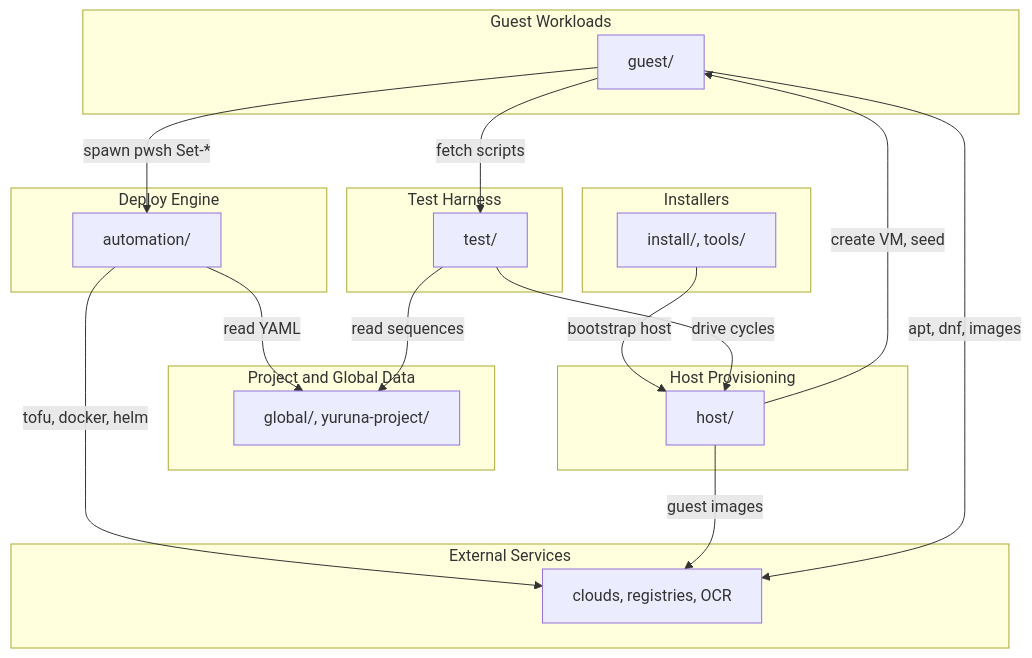
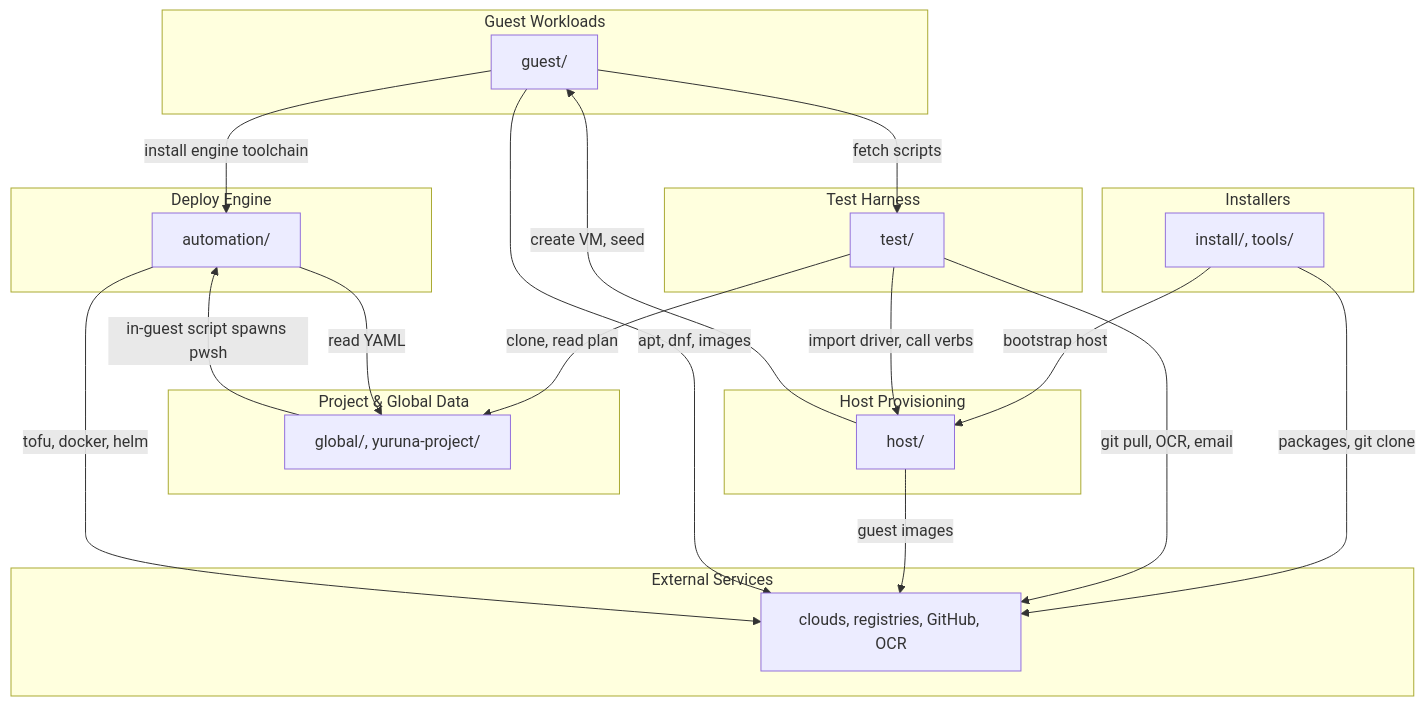
One commit to alissonsol/yuruna changed the diagram in docs/design/01-context-and-components.md. Above: the diagram before and after it, drawn with Mermaid. The commit also changed other lines of this file and 652 other files, not shown here.

````diff
--- a/docs/design/01-context-and-components.md
+++ b/docs/design/01-context-and-components.md
@@ -19,35 +23,38 @@
 ```mermaid
 flowchart TD
     subgraph automation[Deploy Engine]
         deploy-engine[automation/]
     end
-    subgraph projectdata[Project and Global Data]
+    subgraph project-global["Project & Global Data"]
         project-data[global/, yuruna-project/]
     end
     subgraph guest[Guest Workloads]
         guest-workloads[guest/]
     end
     subgraph host[Host Provisioning]
         host-provisioning[host/]
     end
     subgraph install[Installers]
         installers[install/, tools/]
     end
     subgraph test[Test Harness]
         test-harness[test/]
     end
     subgraph external[External Services]
-        external-services[clouds, registries, OCR]
+        external-services[clouds, registries, GitHub, OCR]
     end
 
     installers -->|bootstrap host| host-provisioning
-    test-harness -->|drive cycles| host-provisioning
+    installers -->|packages, git clone| external-services
+    test-harness -->|import driver, call verbs| host-provisioning
+    test-harness -->|clone, read plan| project-data
+    test-harness -->|git pull, OCR, email| external-services
     host-provisioning -->|create VM, seed| guest-workloads
+    host-provisioning -->|guest images| external-services
     guest-workloads -->|fetch scripts| test-harness
-    guest-workloads -->|spawn pwsh Set-*| deploy-engine
+    guest-workloads -->|install engine toolchain| deploy-engine
+    guest-workloads -->|apt, dnf, images| external-services
+    project-data -->|in-guest script spawns pwsh| deploy-engine
     deploy-engine -->|read YAML| project-data
-    test-harness -->|read sequences| project-data
     deploy-engine -->|tofu, docker, helm| external-services
-    host-provisioning -->|guest images| external-services
-    guest-workloads -->|apt, dnf, images| external-services
 ```
````
